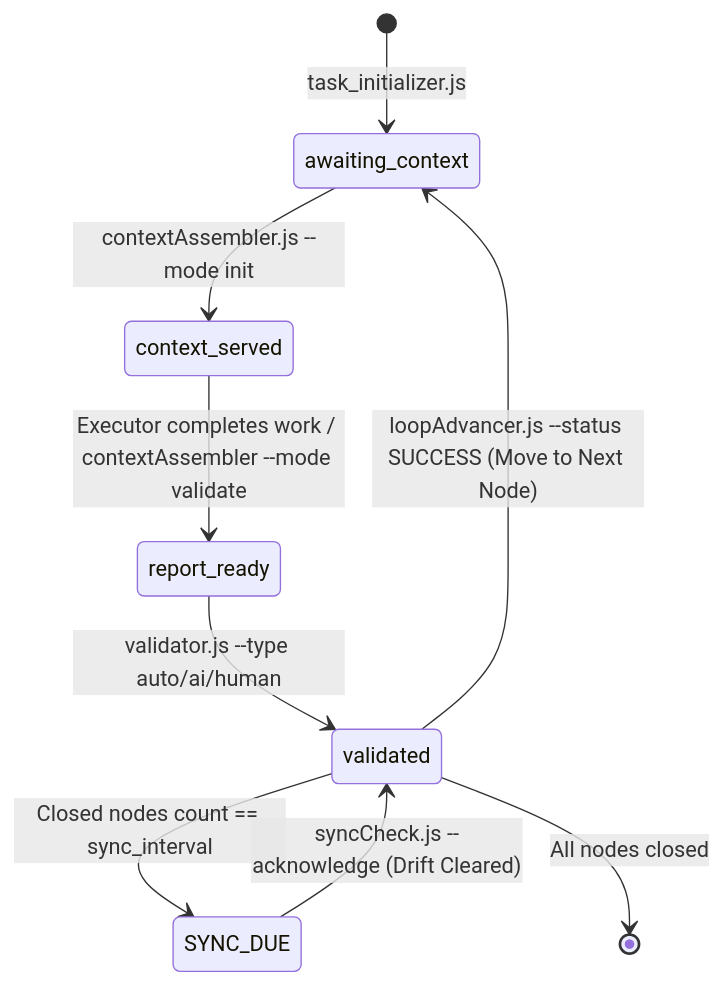
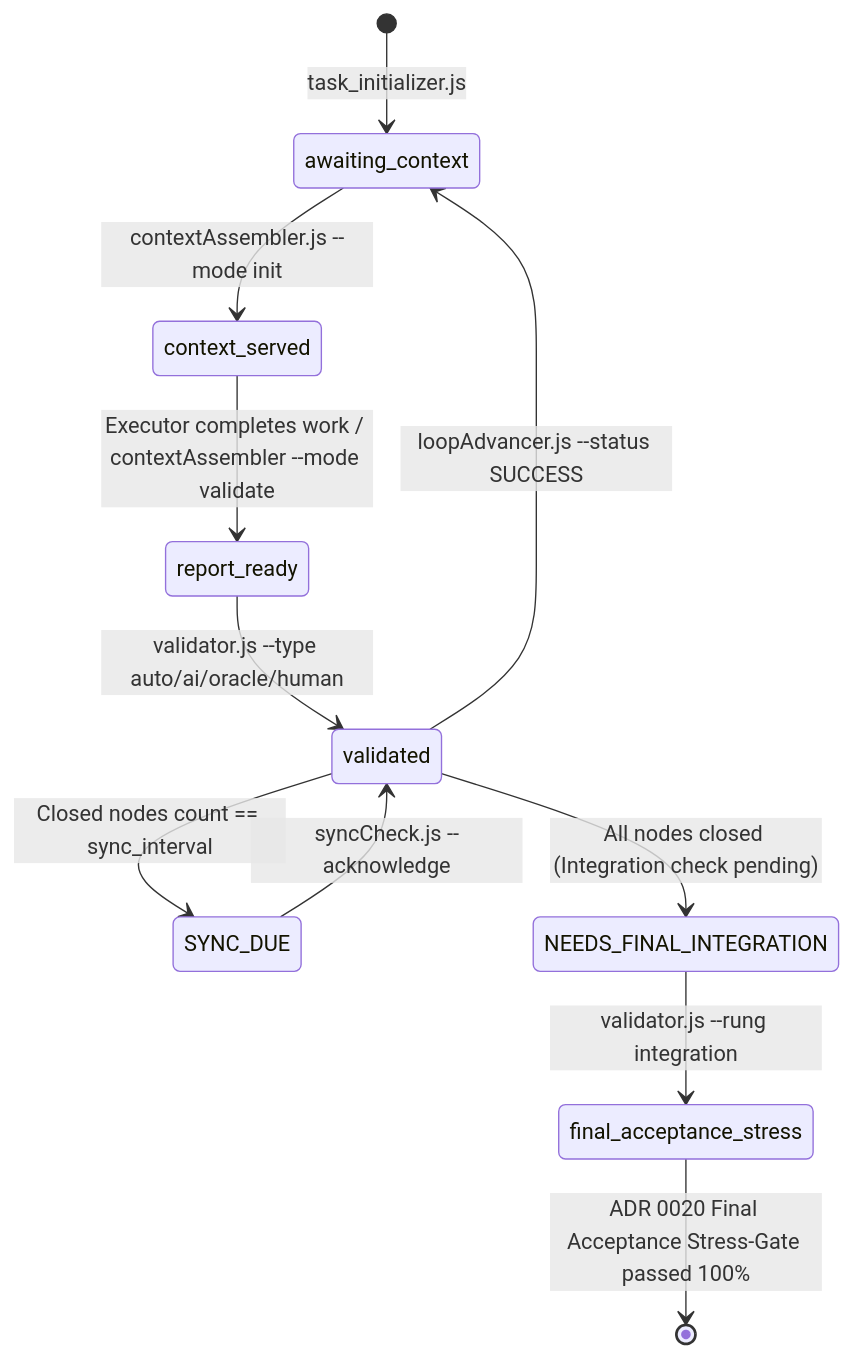
Before and after one commit to gDavASko/HarnessProtocol: the second of 2 diagrams in README.md, drawn with Mermaid. The commit also changed other lines of this file and 6 other files, not shown here.

````diff
--- a/README.md
+++ b/README.md
@@ -94,11 +137,13 @@
 ```mermaid
 stateDiagram-v2
     [*] --> awaiting_context : task_initializer.js
     awaiting_context --> context_served : contextAssembler.js --mode init
     context_served --> report_ready : Executor completes work / contextAssembler --mode validate
-    report_ready --> validated : validator.js --type auto/ai/human
+    report_ready --> validated : validator.js --type auto/ai/oracle/human
     validated --> SYNC_DUE : Closed nodes count == sync_interval
-    SYNC_DUE --> validated : syncCheck.js --acknowledge (Drift Cleared)
-    validated --> awaiting_context : loopAdvancer.js --status SUCCESS (Move to Next Node)
-    validated --> [*] : All nodes closed
+    SYNC_DUE --> validated : syncCheck.js --acknowledge
+    validated --> awaiting_context : loopAdvancer.js --status SUCCESS
+    validated --> NEEDS_FINAL_INTEGRATION : All nodes closed (Integration check pending)
+    NEEDS_FINAL_INTEGRATION --> final_acceptance_stress : validator.js --rung integration
+    final_acceptance_stress --> [*] : ADR 0020 Final Acceptance Stress-Gate passed 100%
 ```
````
